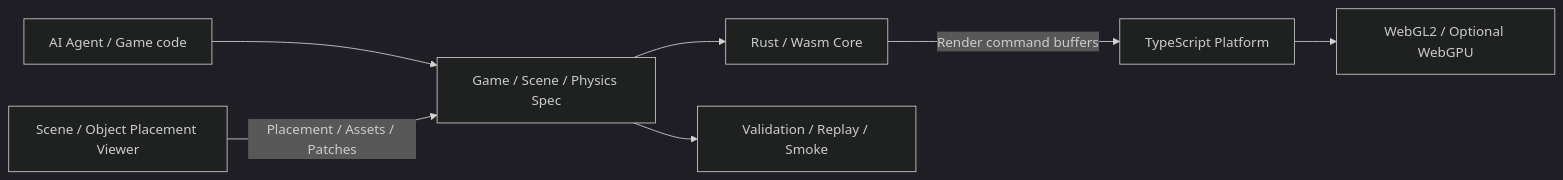
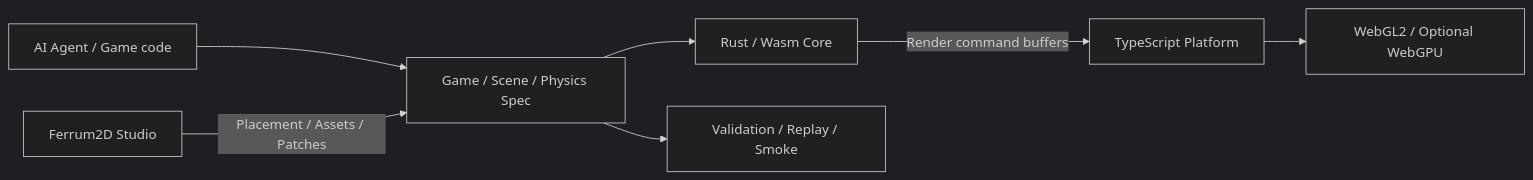
One commit to silbaram/ferrum2d changed the diagram in README.en.md. Above: the diagram before and after it, drawn with Mermaid (dark theme). The commit also changed other lines of this file and 28 other files, not shown here.

````diff
--- a/README.en.md
+++ b/README.en.md
@@ -153,9 +153,9 @@
 ```mermaid
 flowchart LR
     Agent["AI Agent / Game code"] --> Spec["Game / Scene / Physics Spec"]
-    Viewer["Scene / Object Placement Viewer"] -->|"Placement / Assets / Patches"| Spec
+    Viewer["Ferrum2D Studio"] -->|"Placement / Assets / Patches"| Spec
     Spec --> Core["Rust / Wasm Core"]
     Core -->|"Render command buffers"| Platform["TypeScript Platform"]
     Platform --> GPU["WebGL2 / Optional WebGPU"]
     Spec --> Checks["Validation / Replay / Smoke"]
 ```
````
